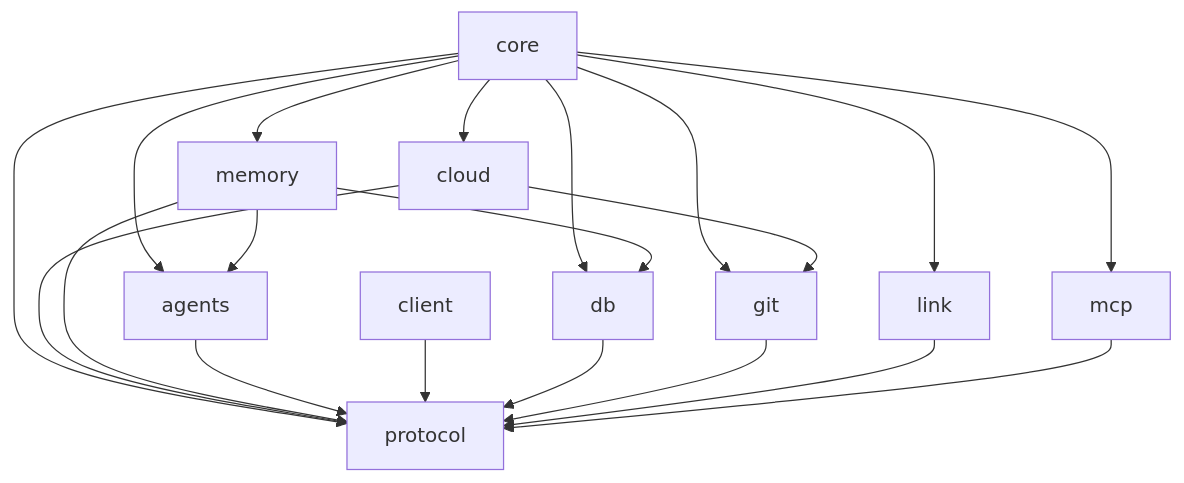
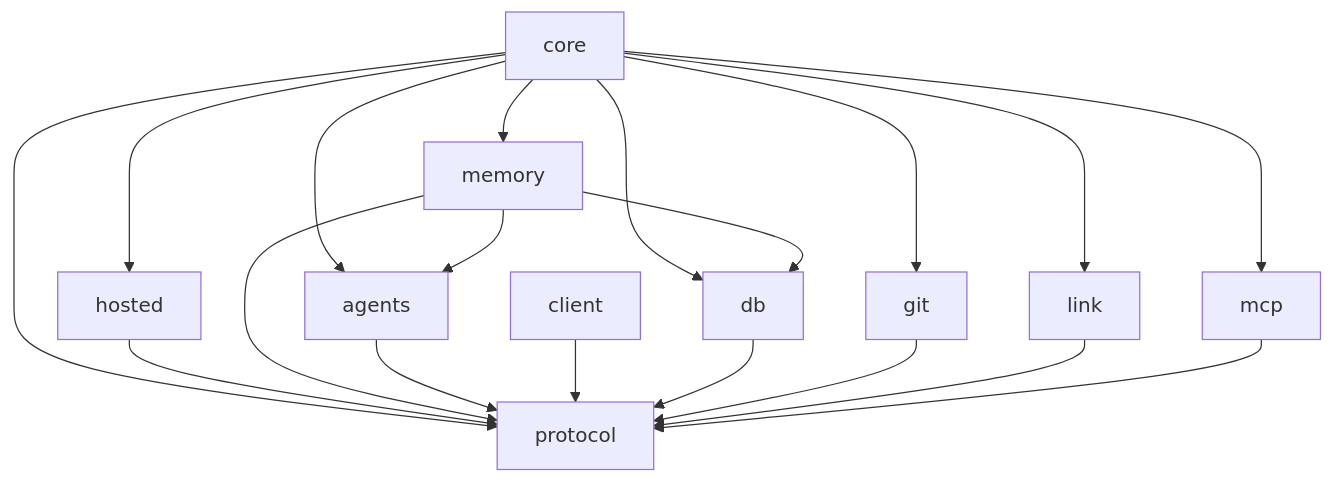
One commit to davejj1530/openorc changed the second of 2 diagrams in ARCHITECTURE.md. Above: the diagram before and after it, drawn with Mermaid. The commit also changed other lines of this file and 5 other files, not shown here.

First line of the commit message:
docs: describe OpenOrc Cloud in the architecture and contributor guides

````diff
--- a/ARCHITECTURE.md
+++ b/ARCHITECTURE.md
@@ -56,22 +54,21 @@
 ```mermaid
 flowchart TD
   CORE[core] --> AGENTS[agents]
-  CORE --> CLOUD[cloud]
+  CORE --> HOSTED[hosted]
   CORE --> DB[db]
   CORE --> GIT[git]
   CORE --> LINK[link]
   CORE --> MEMORY[memory]
   CORE --> MCP[mcp]
   CORE --> PROTOCOL[protocol]
-  CLOUD --> GIT
-  CLOUD --> PROTOCOL
+  HOSTED --> PROTOCOL
   MEMORY --> AGENTS
   MEMORY --> DB
   MEMORY --> PROTOCOL
   AGENTS --> PROTOCOL
   CLIENT[client] --> PROTOCOL
   DB --> PROTOCOL
   GIT --> PROTOCOL
   LINK --> PROTOCOL
   MCP --> PROTOCOL
 ```
````
